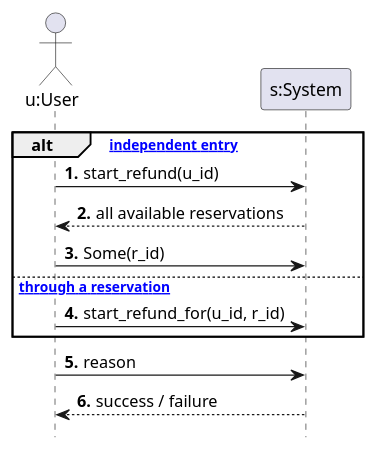
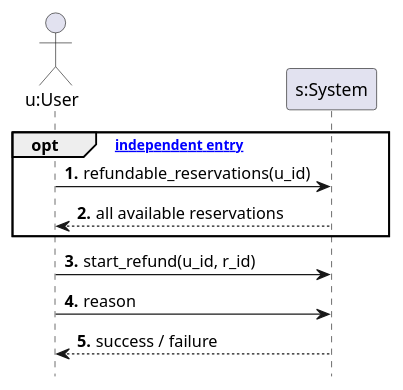
The diagram in doc/analysis/ssd3.puml (Deuchier/flight_manager_V1), drawn with PlantUML before and after one commit. The commit also changed 10 other files, not shown here.

Commit message:
- added refundable_reservations.puml

```diff
--- a/doc/analysis/ssd3.puml
+++ b/doc/analysis/ssd3.puml
@@ -1,22 +1,20 @@
 @startuml
 
 hide footbox
 autonumber "<b>##."
 
 actor "u:User" as U
 participant "s:System" as S
 
-alt ["independent entry"]
-U -> S : start_refund(u_id)
+opt ["independent entry"]
+U -> S : refundable_reservations(u_id)
 U <-- S : all available reservations
-U -> S : Some(r_id)
-else ["through a reservation"]
-U -> S : start_refund_for(u_id, r_id)
 end
+U -> S : start_refund(u_id, r_id)
 U -> S : reason
 U <-- S : success / failure
 
 
 
 
 @enduml
```
